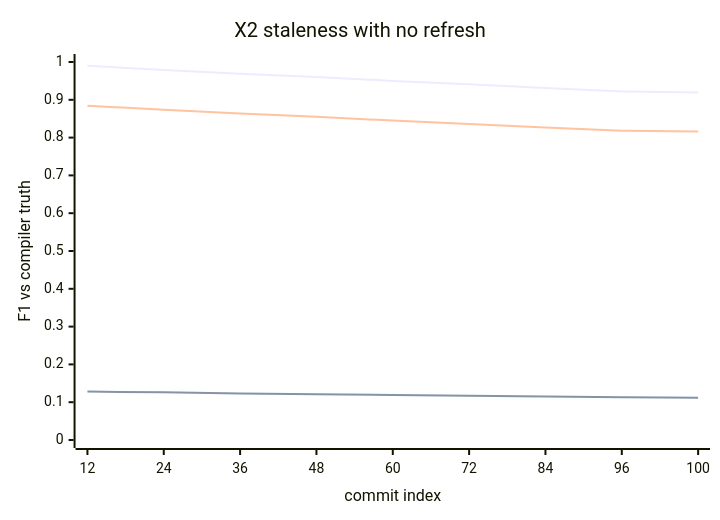
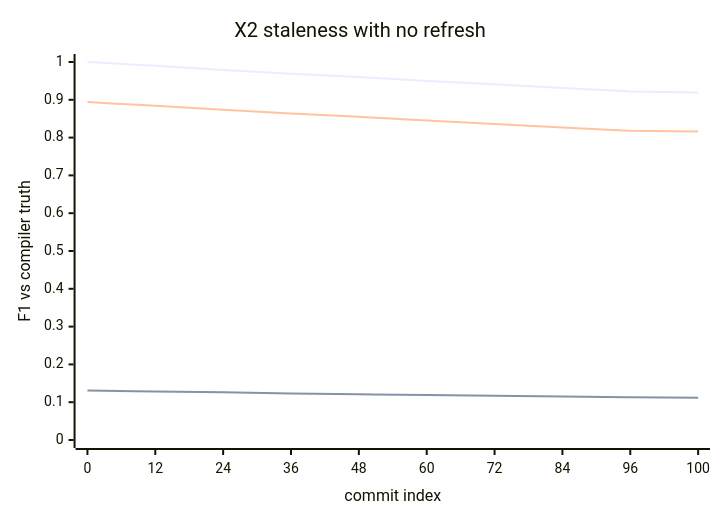
One commit to sns45/greplost changed the second of 6 diagrams in bench/RESULTS.md. Above: the diagram before and after it, drawn with Mermaid. The commit also changed other lines of this file and 8 other files, not shown here.

````diff
--- a/bench/RESULTS.md
+++ b/bench/RESULTS.md
@@ -125,11 +123,11 @@
 ```mermaid
 xychart-beta
     title "X2 staleness with no refresh"
-    x-axis "commit index" ["12", "24", "36", "48", "60", "72", "84", "96", "100"]
+    x-axis "commit index" ["0", "12", "24", "36", "48", "60", "72", "84", "96", "100"]
     y-axis "F1 vs compiler truth" 0 --> 1
-    line [0.99, 0.979, 0.969, 0.96, 0.95, 0.941, 0.931, 0.922, 0.919]
-    line [0.128, 0.126, 0.123, 0.121, 0.119, 0.117, 0.115, 0.113, 0.112]
-    line [0.884, 0.874, 0.864, 0.855, 0.845, 0.836, 0.827, 0.818, 0.816]
+    line [1, 0.99, 0.979, 0.969, 0.96, 0.95, 0.941, 0.931, 0.922, 0.919]
+    line [0.131, 0.128, 0.126, 0.123, 0.121, 0.119, 0.117, 0.115, 0.113, 0.112]
+    line [0.894, 0.884, 0.874, 0.864, 0.855, 0.845, 0.836, 0.827, 0.818, 0.816]
     %% series, in order: greplost, graphify, crg
     %% Arm: no-refresh — each tool's commit-0 artifact scored against truth at that commit, which is what a reader gets when a sync mechanism is absent or silently does not fire. greplost is the only one of the four that can report this state mechanically, through `verify`. Omitted (not run here): ua. Measured on corpus hono, tier M (248 files); 100 replayed commits.
 ```
````
